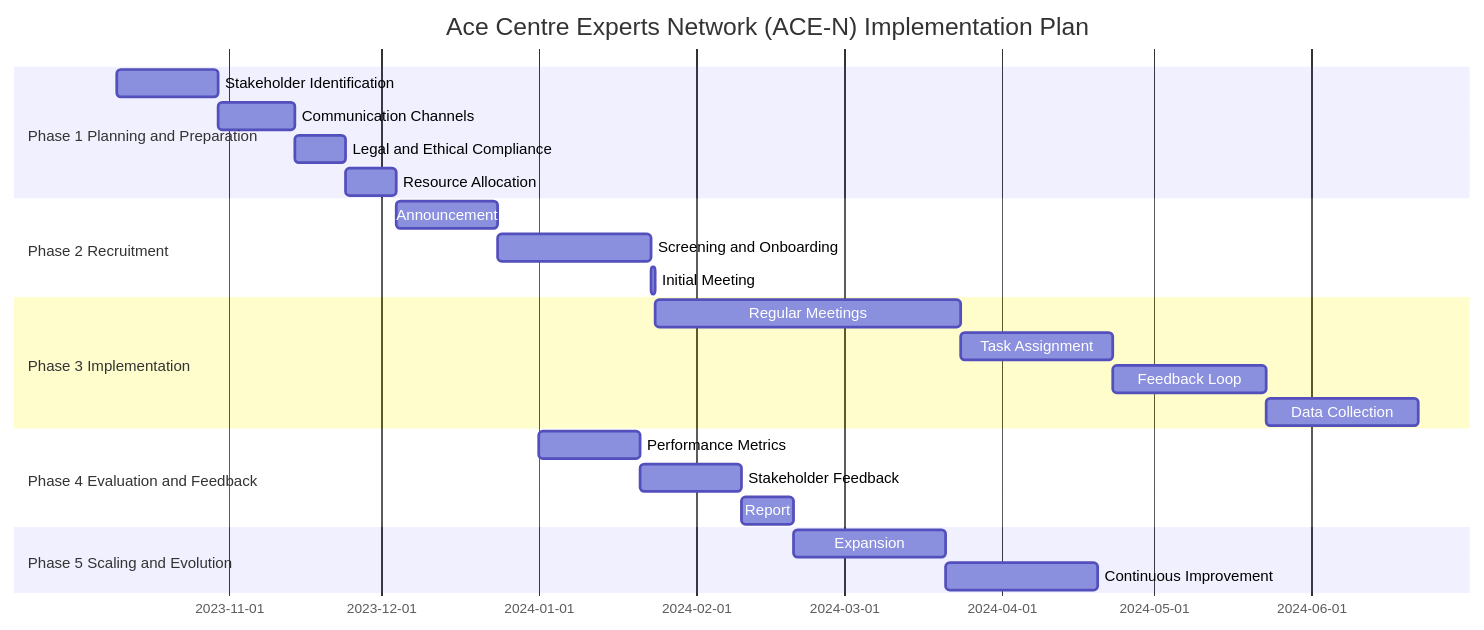
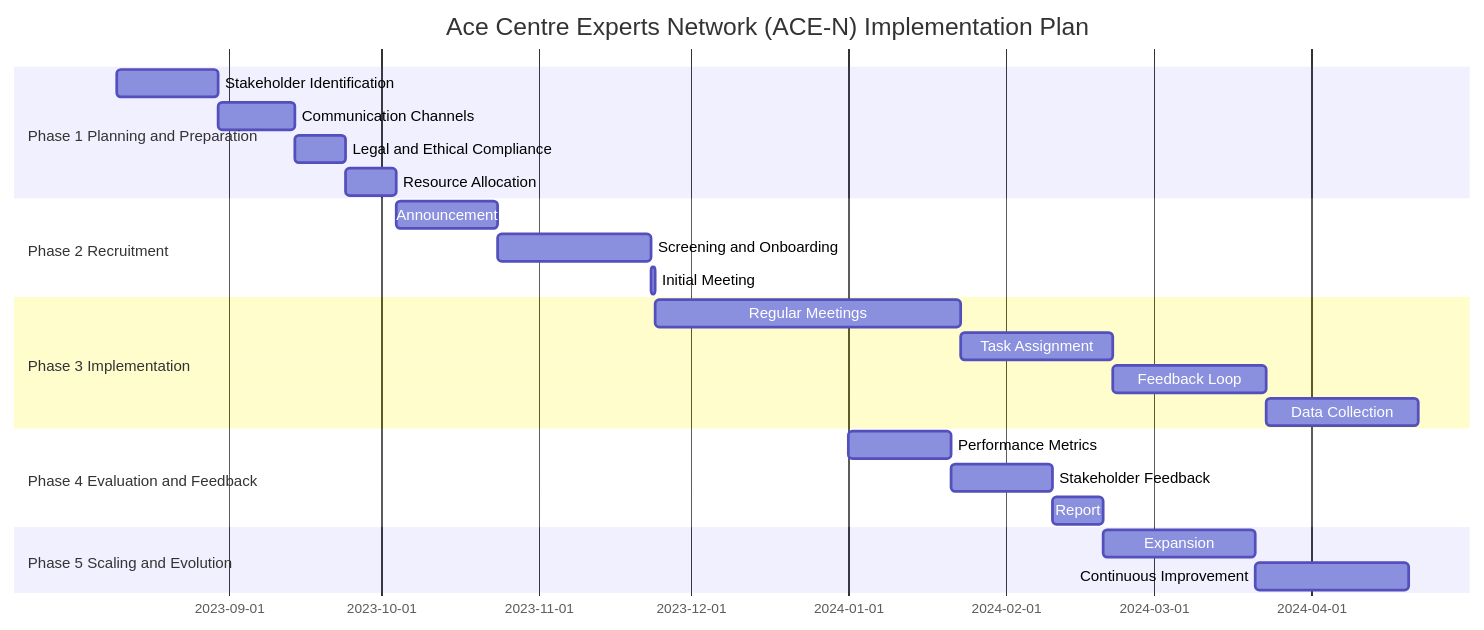
One commit to AceCentre/ResearchInnovationGp changed the diagram in ace-n-docs/roadmap/README.md. Above: the diagram before and after it, drawn with Mermaid. The commit also changed other lines of this file and 1 other file, not shown here.

Commit message:
GITBOOK-94: update to roadmap

````diff
--- a/ace-n-docs/roadmap/README.md
+++ b/ace-n-docs/roadmap/README.md
@@ -11,32 +19,32 @@
 ```mermaid
 gantt
     dateFormat  YYYY-MM-DD
     title Ace Centre Experts Network (ACE-N) Implementation Plan
 
     section Phase 1 Planning and Preparation
-		Stakeholder Identification :a1, 2023-10-10, 20d
+		Stakeholder Identification :a1, 2023-08-10, 20d
 		Communication Channels    :a2, after a1, 15d
 		Legal and Ethical Compliance :a3, after a2, 10d
 		Resource Allocation       :a4, after a3, 10d
 
     section Phase 2 Recruitment
 		Announcement              :b1, after a4, 20d
 		Screening and Onboarding  :b2, after b1, 30d
 		Initial Meeting           :b3, after b2, 1d
 
     section Phase 3 Implementation
 		Regular Meetings          :c1, after b3, 60d
 		Task Assignment           :c2, after c1, 30d
 		Feedback Loop             :c3, after c2, 30d
 		Data Collection           :c4, after c3, 30d
 
     section Phase 4 Evaluation and Feedback
 		Performance Metrics       :d1, 2024-01-01, 20d
 		Stakeholder Feedback      :d2, after d1, 20d
 		Report                    :d3, after d2, 10d
 
     section Phase 5 Scaling and Evolution
 		Expansion                 :e1, after d3, 30d
 		Continuous Improvement    :e2, after e1, 30d
 
 ```
````
